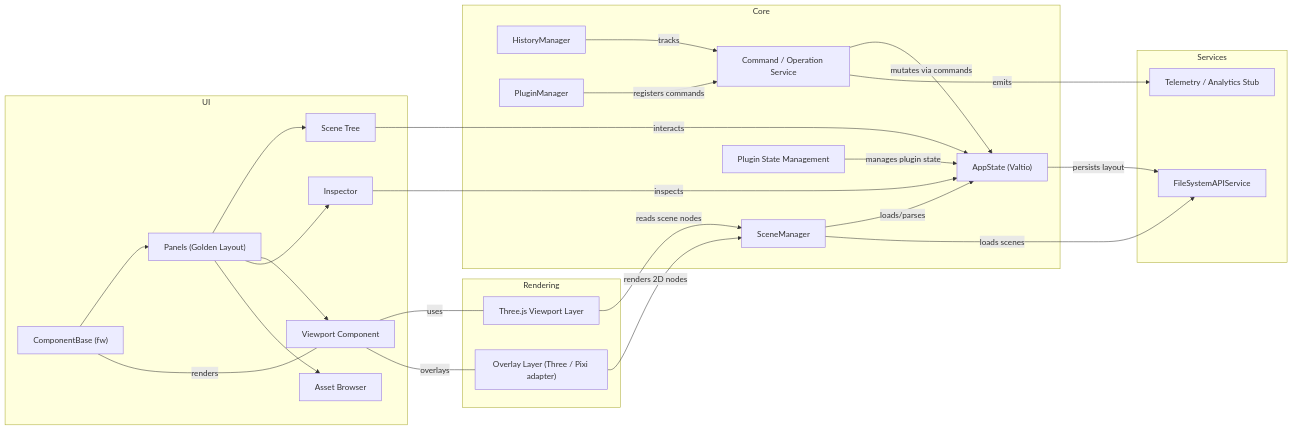
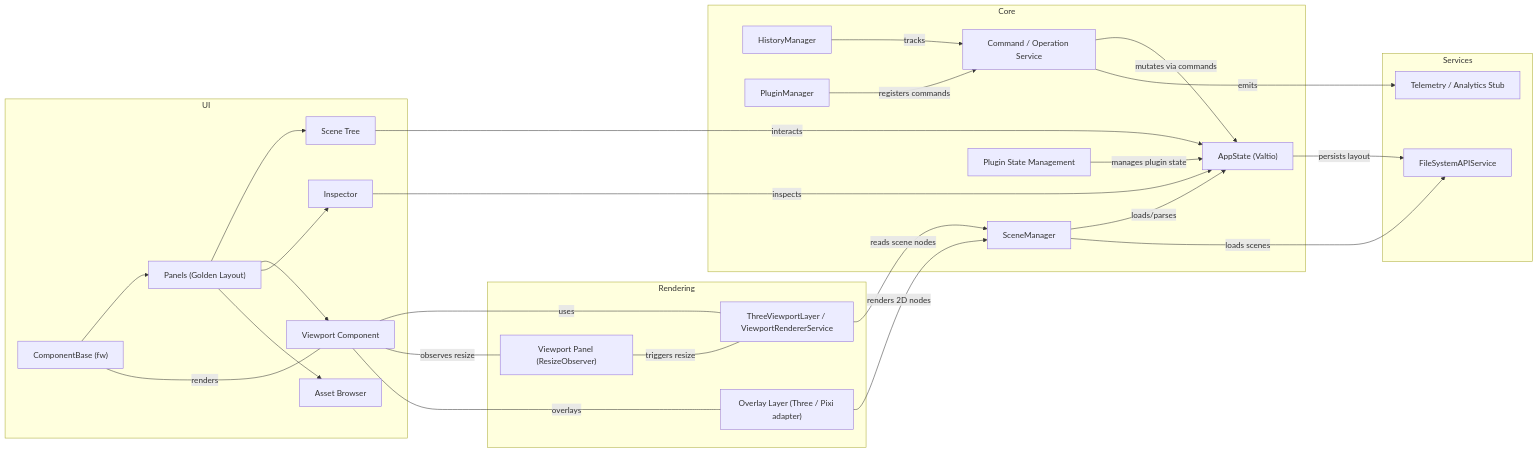
Before and after one commit to pix3dev/pix3-core: the diagram in docs/architecture.md, drawn with Mermaid. The commit also changed 1 other file, not shown here.

Commit message:
Refactor code structure and remove redundant sections for improved readability and maintainability

````diff
--- a/docs/architecture.md
+++ b/docs/architecture.md
@@ -9,48 +9,51 @@
 ```mermaid
 flowchart LR
   subgraph UI
     A["ComponentBase (fw)"] --> B["Panels (Golden Layout)"]
     B --> C["Scene Tree"]
     B --> D["Viewport Component"]
     B --> E["Inspector"]
     B --> F["Asset Browser"]
   end
 
   subgraph Core
     G["AppState (Valtio)"]
     H["Command / Operation Service"]
     I["HistoryManager"]
     J["SceneManager"]
     K["PluginManager"]
     L["Plugin State Management"]
   end
 
   subgraph Services
     M["FileSystemAPIService"]
     N["Telemetry / Analytics Stub"]
   end
 
   subgraph Rendering
-    O["Three.js Viewport Layer"]
+    O["ThreeViewportLayer / ViewportRendererService"]
+    R["Viewport Panel (ResizeObserver)"]
     P["Overlay Layer (Three / Pixi adapter)"]
   end
 
   A ---|renders| D
   D ---|uses| O
+  D ---|observes resize| R
+  R ---|triggers resize| O
   D ---|overlays| P
 
   C -->|interacts| G
   E -->|inspects| G
   H -->|mutates via commands| G
   I -->|tracks| H
   J -->|loads/parses| G
   K -->|registers commands| H
   L -->|manages plugin state| G
 
   G -->|persists layout| M
   H -->|emits| N
   J -->|loads scenes| M
 
   O -->|reads scene nodes| J
   P -->|renders 2D nodes| J
 ```
````
